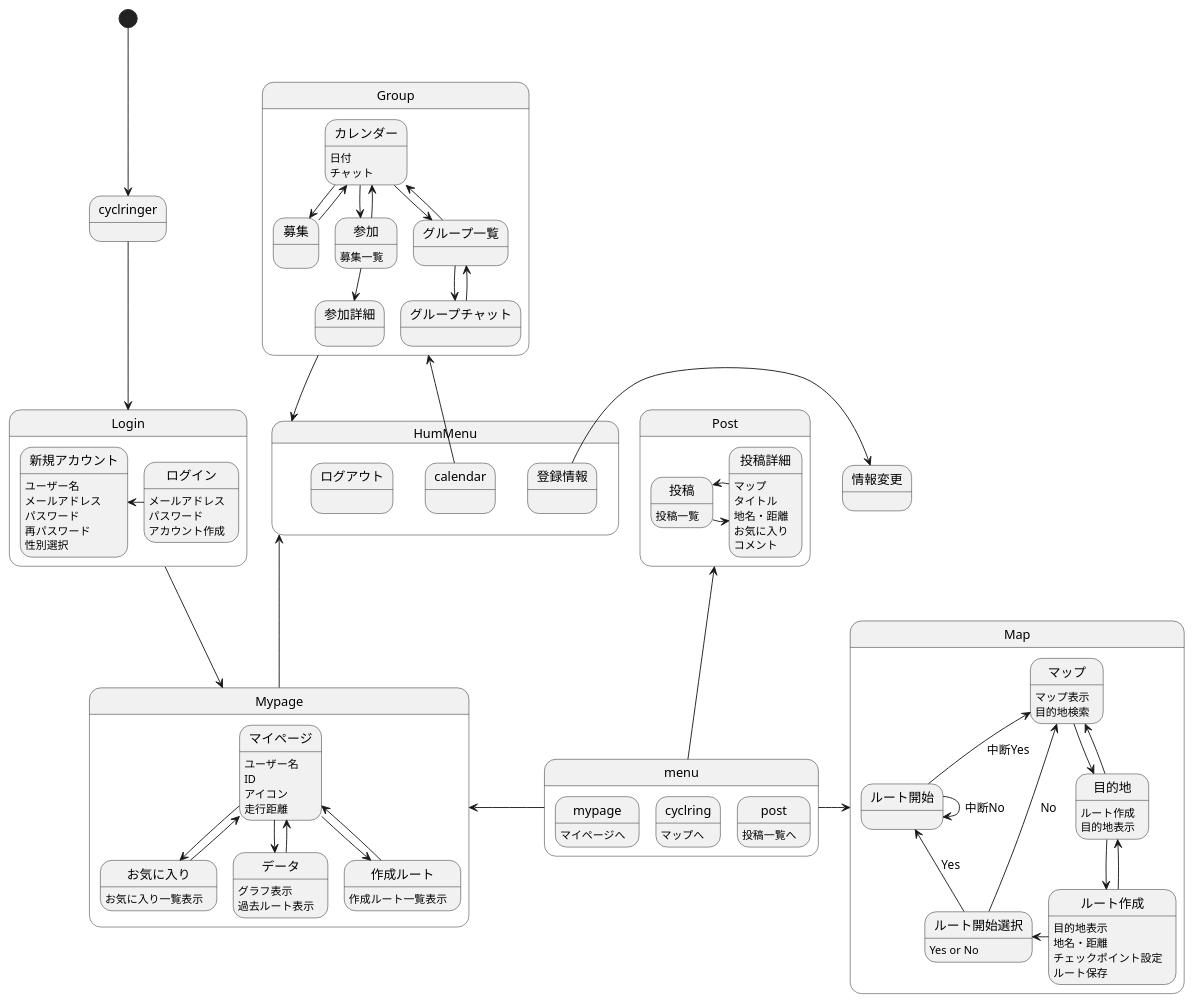
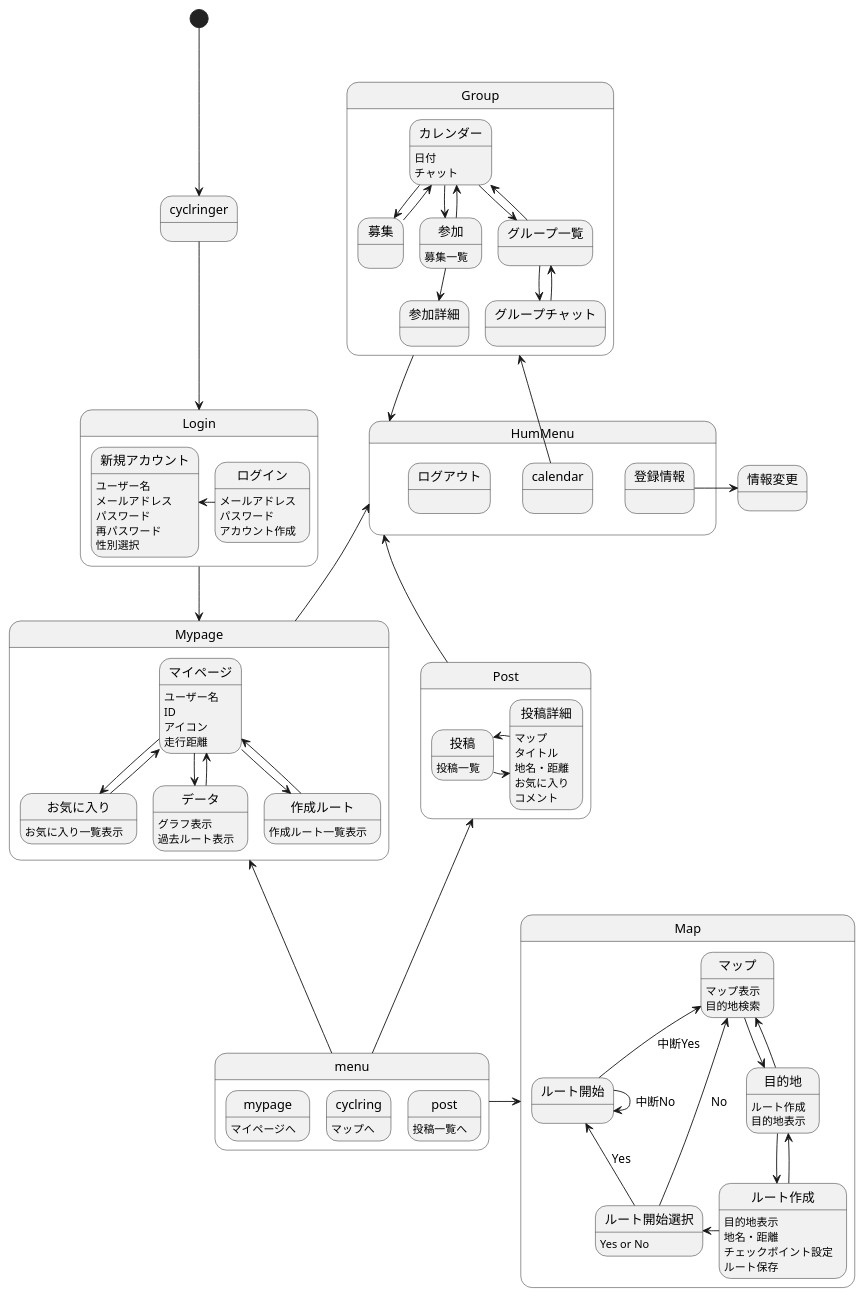
Before and after one commit to AsoSD3A3/CyclingSystem: the diagram in 画面遷移図/gm.md, drawn with PlantUML.

```diff
--- a/画面遷移図/gm.md
+++ b/画面遷移図/gm.md
@@ -98,6 +98,7 @@
 ルート開始-up->マップ :中断Yes
 }
 
+Post-up->HumMenu
 state Post{
 
 投稿:投稿一覧
```
